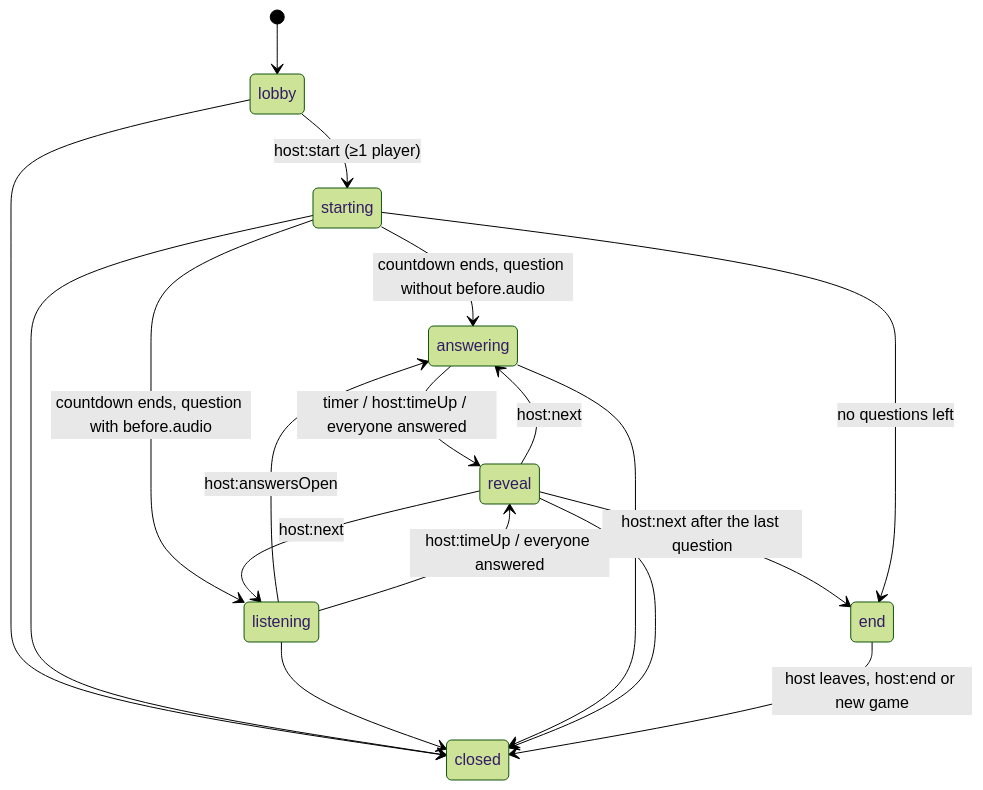
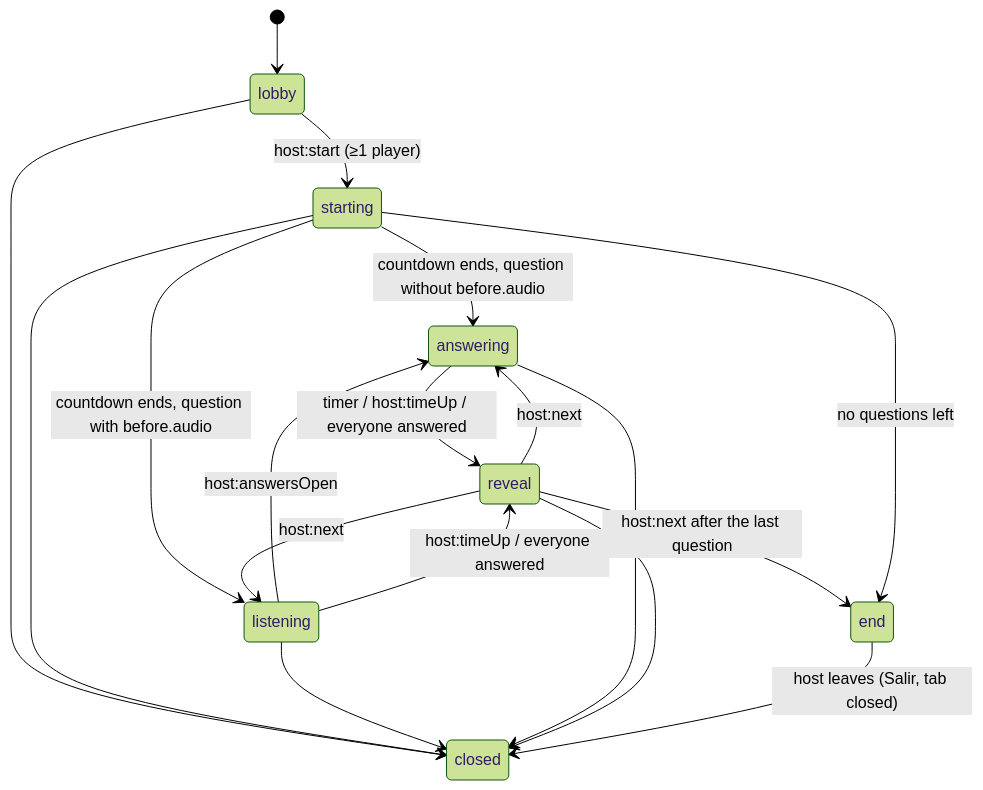
Before and after one commit to davidpastorvicente/recuerdoot: the first of 4 diagrams in docs/state-machines.md, drawn with Mermaid (forest theme). The commit also changed other lines of this file and 37 other files, not shown here.

````diff
--- a/docs/state-machines.md
+++ b/docs/state-machines.md
@@ -22,20 +23,20 @@
 ```mermaid
 stateDiagram-v2
   [*] --> lobby
   lobby --> starting: host:start (≥1 player)
   starting --> answering: countdown ends, question without before.audio
   starting --> listening: countdown ends, question with before.audio
   listening --> answering: host:answersOpen
   listening --> reveal: host:timeUp / everyone answered
   answering --> reveal: timer / host:timeUp / everyone answered
   reveal --> listening: host:next
   reveal --> answering: host:next
   reveal --> end: host:next after the last question
   starting --> end: no questions left
   lobby --> closed
   starting --> closed
   listening --> closed
   answering --> closed
   reveal --> closed
-  end --> closed: host leaves, host:end or new game
+  end --> closed: host leaves (Salir, tab closed)
 ```
````
